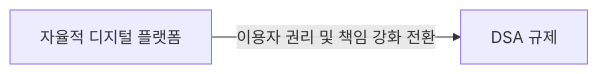
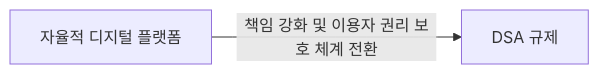
The diagram in docs/03-legal-compliance/digital-services-act.md (jeonck/fw-thinking), drawn with Mermaid before and after one commit. The commit also changed other lines of this file and 3 other files, not shown here.

````diff
--- a/docs/03-legal-compliance/digital-services-act.md
+++ b/docs/03-legal-compliance/digital-services-act.md
@@ -10,4 +11,4 @@
 ```mermaid
 flowchart LR
-    A["자율적 디지털 플랫폼"] -- "이용자 권리 및 책임 강화 전환" --> B["DSA 규제"]
+    A["자율적 디지털 플랫폼"] -- "책임 강화 및 이용자 권리 보호 체계 전환" --> B["DSA 규제"]
 ```
````
